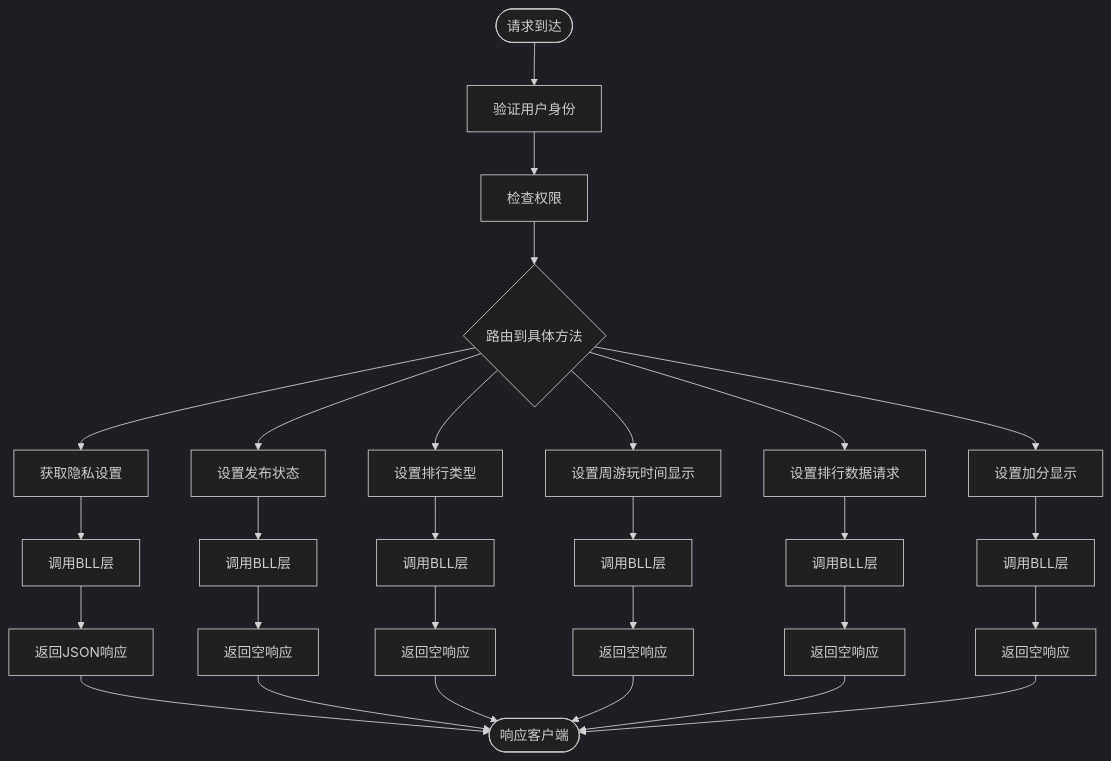
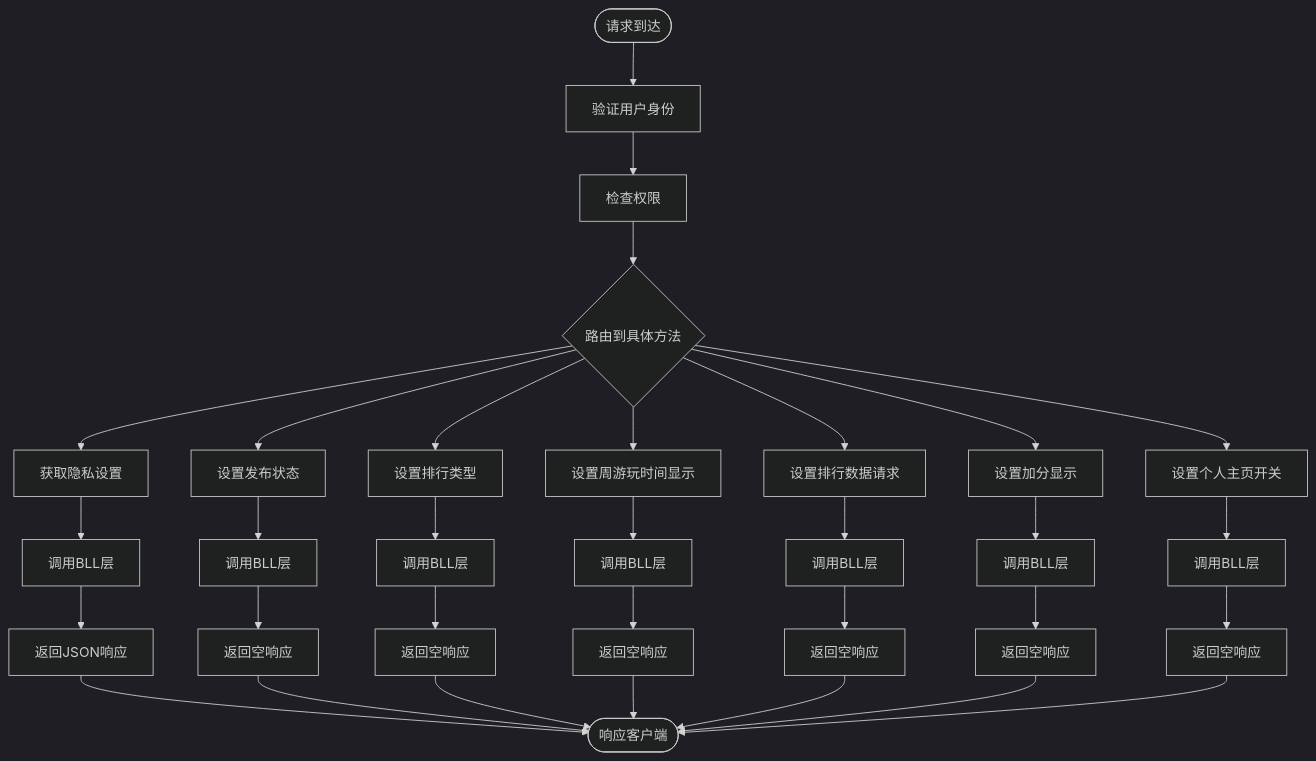
One commit to TinyMaD/SpeedRunnersLab changed the sixth of 14 diagrams in .qoder/repowiki/zh/content/后端 API 服务/用户管理模块/隐私设置管理.md. Above: the diagram before and after it, drawn with Mermaid (dark theme). The commit also changed other lines of this file and 29 other files, not shown here.

````diff
--- a/.qoder/repowiki/zh/content/后端 API 服务/用户管理模块/隐私设置管理.md
+++ b/.qoder/repowiki/zh/content/后端 API 服务/用户管理模块/隐私设置管理.md
@@ -216,30 +275,34 @@
 ```mermaid
 flowchart TD
 Start([请求到达]) --> CheckAuth[验证用户身份]
 CheckAuth --> CheckPermission[检查权限]
 CheckPermission --> RouteToMethod{路由到具体方法}
 RouteToMethod --> GetPrivacySettings[获取隐私设置]
 RouteToMethod --> SetState[设置发布状态]
 RouteToMethod --> SetRankType[设置排行类型]
 RouteToMethod --> SetShowWeekPlayTime[设置周游玩时间显示]
 RouteToMethod --> SetRequestRankData[设置排行数据请求]
 RouteToMethod --> SetShowAddScore[设置加分显示]
+RouteToMethod --> SetShowProfile[设置个人主页开关]
 GetPrivacySettings --> CallBLL1[调用BLL层]
 SetState --> CallBLL2[调用BLL层]
 SetRankType --> CallBLL3[调用BLL层]
 SetShowWeekPlayTime --> CallBLL4[调用BLL层]
 SetRequestRankData --> CallBLL5[调用BLL层]
 SetShowAddScore --> CallBLL6[调用BLL层]
+SetShowProfile --> CallBLL7[调用BLL层]
 CallBLL1 --> Return1[返回JSON响应]
 CallBLL2 --> Return2[返回空响应]
 CallBLL3 --> Return3[返回空响应]
 CallBLL4 --> Return4[返回空响应]
 CallBLL5 --> Return5[返回空响应]
 CallBLL6 --> Return6[返回空响应]
+CallBLL7 --> Return7[返回空响应]
 Return1 --> End([响应客户端])
 Return2 --> End
 Return3 --> End
 Return4 --> End
 Return5 --> End
 Return6 --> End
+Return7 --> End
 ```
````
